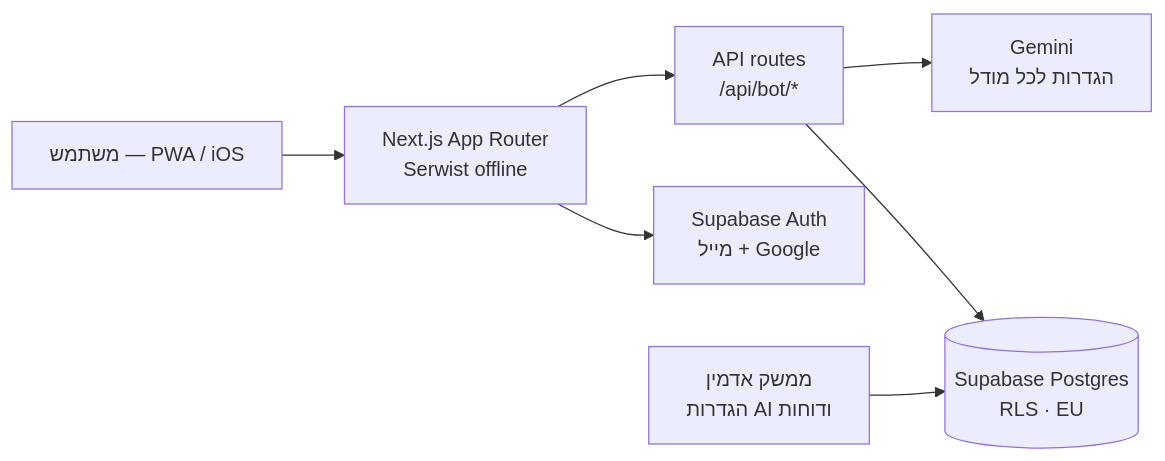
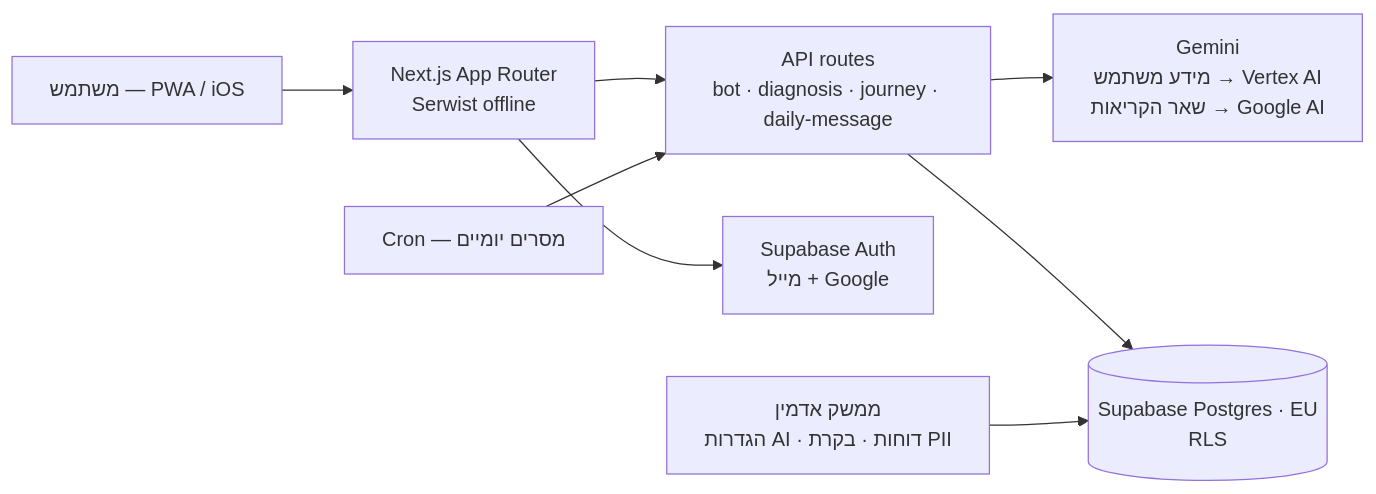
The diagram in projects/07-growing-from-within.md (danidliod/ai-projects-portfolio), drawn with Mermaid before and after one commit. The commit also changed other lines of this file and 20 other files, not shown here.

````diff
--- a/projects/07-growing-from-within.md
+++ b/projects/07-growing-from-within.md
@@ -19,9 +28,10 @@
 ```mermaid
 flowchart LR
   U[משתמש — PWA / iOS] --> APP[Next.js App Router<br/>Serwist offline]
-  APP --> API[API routes<br/>/api/bot/*]
-  API --> GEM[Gemini<br/>הגדרות לכל מודל]
-  API --> DB[(Supabase Postgres<br/>RLS · EU)]
+  APP --> API[API routes<br/>bot · diagnosis · journey · daily-message]
+  API --> GEM["Gemini<br/>מידע משתמש → Vertex AI<br/>שאר הקריאות → Google AI"]
+  API --> DB[(Supabase Postgres · EU<br/>RLS)]
   APP --> AUTH[Supabase Auth<br/>מייל + Google]
-  ADM[ממשק אדמין<br/>הגדרות AI ודוחות] --> DB
+  ADM[ממשק אדמין<br/>הגדרות AI · דוחות · בקרת PII] --> DB
+  CRON[Cron — מסרים יומיים] --> API
 ```
````
